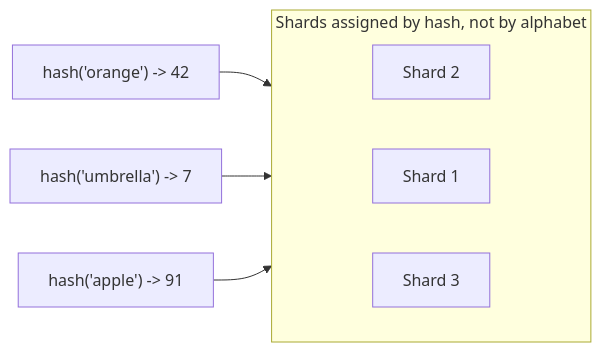
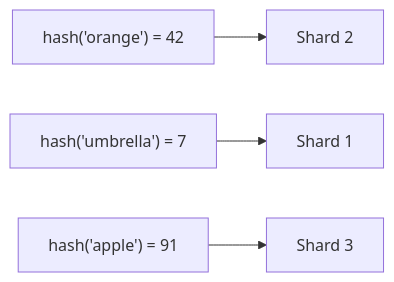
One commit to riyaz-pasha/Learnings changed the sixth of 16 diagrams in system-design/HLD/0-course/37-Typeahead-Suggestion-FAANG-Guide-story.md. Above: the diagram before and after it, drawn with Mermaid. The commit also changed other lines of this file and 1 other file, not shown here.

Commit message:
[REWRITE] Typeahead Suggestion story guide: simplify prose, add structure, fix diagrams

````diff
--- a/system-design/HLD/0-course/37-Typeahead-Suggestion-FAANG-Guide-story.md
+++ b/system-design/HLD/0-course/37-Typeahead-Suggestion-FAANG-Guide-story.md
@@ -112,12 +257,6 @@
 ```mermaid
 flowchart LR
-    P1["hash('orange') -> 42"] --> Shard2
-    P2["hash('umbrella') -> 7"] --> Shard1
-    P3["hash('apple') -> 91"] --> Shard3
-    subgraph Shards["Shards assigned by hash, not by alphabet"]
-        direction LR
-        Shard1["Shard 1"]
-        Shard2["Shard 2"]
-        Shard3["Shard 3"]
-    end
+    P1["hash('orange') = 42"] --> Shard2["Shard 2"]
+    P2["hash('umbrella') = 7"] --> Shard1["Shard 1"]
+    P3["hash('apple') = 91"] --> Shard3["Shard 3"]
 ```
````
